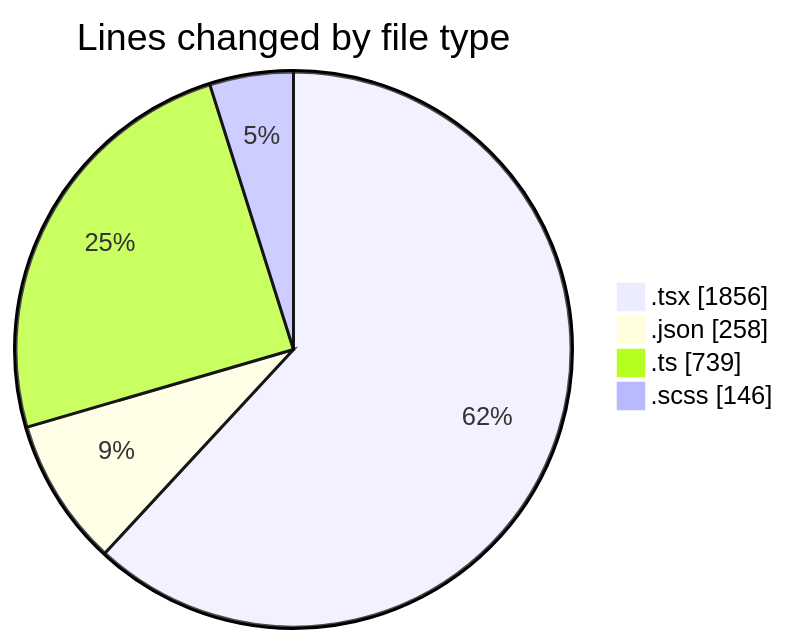
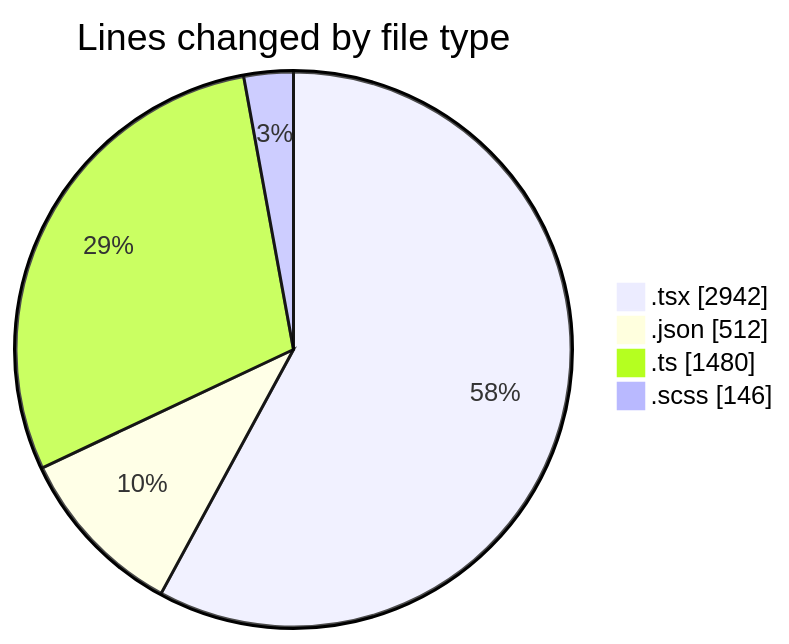
Before and after one commit to momahboobian/code-tracking: the first of 2 diagrams in 2026-05-12/cda/README.md, drawn with Mermaid. The commit also changed other lines of this file and 1 other file, not shown here.

````diff
--- a/2026-05-12/cda/README.md
+++ b/2026-05-12/cda/README.md
@@ -35,8 +35,8 @@
 ```mermaid
 pie showData
 title Lines changed by file type
-".tsx" : 1856
-".json" : 258
-".ts" : 739
+".tsx" : 2942
+".json" : 512
+".ts" : 1480
 ".scss" : 146
 ```
````
